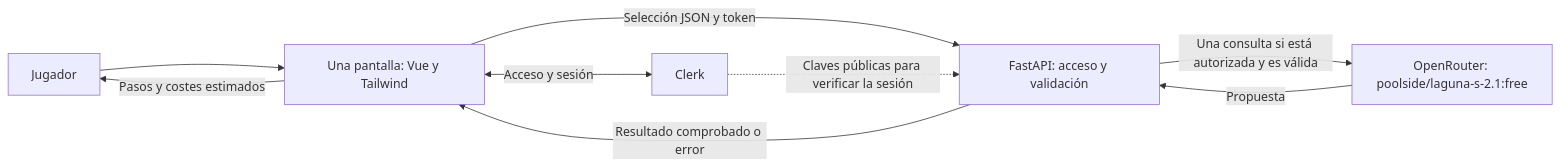
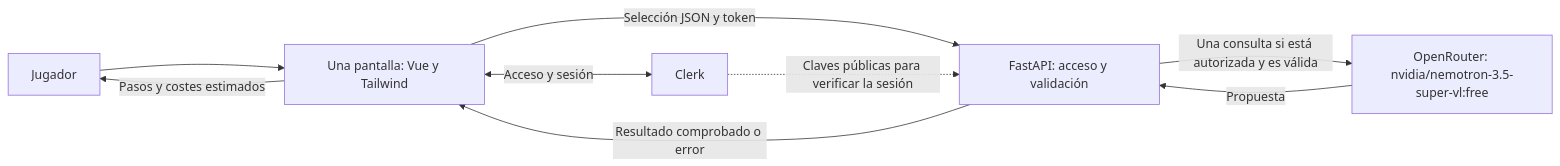
One commit to Marinettoo/Minecraft-Enchanting-Tool changed the first of 2 diagrams in docs/ERS-APP2.md. Above: the diagram before and after it, drawn with Mermaid. The commit also changed other lines of this file and 9 other files, not shown here.

First line of the commit message:
Cambia el modelo de App 2 a nvidia/nemotron-3.5-super-vl:free

````diff
--- a/docs/ERS-APP2.md
+++ b/docs/ERS-APP2.md
@@ -95,11 +95,11 @@
 ```mermaid
 flowchart LR
     U["Jugador"] --> F["Una pantalla: Vue y Tailwind"]
     F <-->|"Acceso y sesión"| C["Clerk"]
     F -->|"Selección JSON y token"| B["FastAPI: acceso y validación"]
     C -.->|"Claves públicas para verificar la sesión"| B
-    B -->|"Una consulta si está autorizada y es válida"| I["OpenRouter: poolside/laguna-s-2.1:free"]
+    B -->|"Una consulta si está autorizada y es válida"| I["OpenRouter: nvidia/nemotron-3.5-super-vl:free"]
     I -->|"Propuesta"| B
     B -->|"Resultado comprobado o error"| F
     F -->|"Pasos y costes estimados"| U
 ```
````
